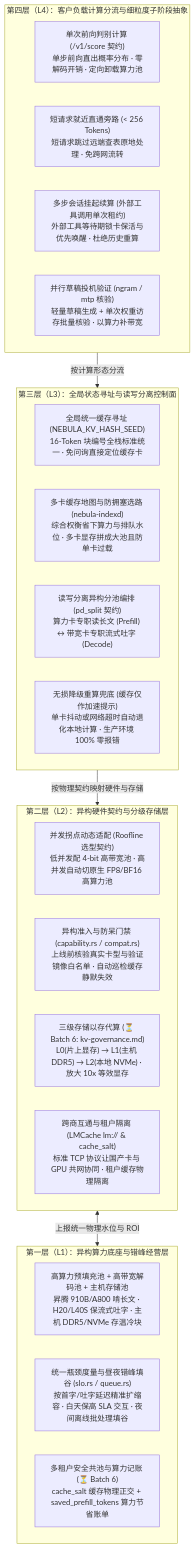
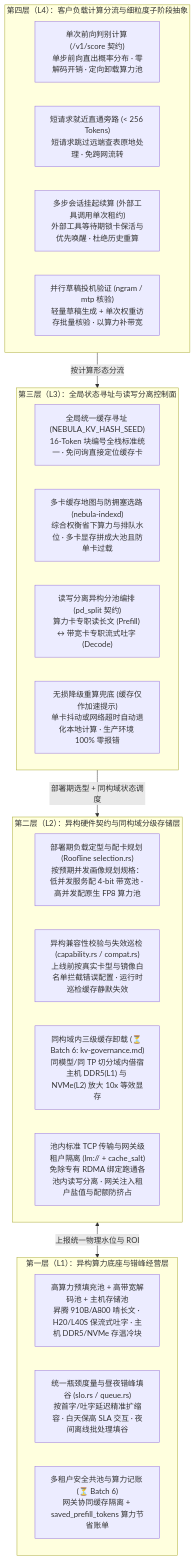
One commit to EeroEternal/nebula changed the diagram in docs/dev/heterogeneous-compute.md. Above: the diagram before and after it, drawn with Mermaid. The commit also changed other lines of this file and 1 other file, not shown here.

````diff
--- a/docs/dev/heterogeneous-compute.md
+++ b/docs/dev/heterogeneous-compute.md
@@ -39,33 +39,33 @@
 ```mermaid
 flowchart TB
     subgraph L4_Workload["第四层（L4）：客户负载计算分流与细粒度子阶段抽象"]
         W1["单次前向判别计算 (/v1/score 契约)<br/>单步前向直出概率分布 · 零解码开销 · 定向卸载算力池"]
         W2["短请求就近直通旁路 (&lt; 256 Tokens)<br/>短请求跳过远端查表原地处理 · 免跨网流转"]
         W3["多步会话挂起续算 (外部工具调用单次租约)<br/>外部工具等待期锁卡保活与优先唤醒 · 杜绝历史重算"]
         W4["并行草稿投机验证 (ngram / mtp 核验)<br/>轻量草稿生成 + 单次权重访存批量核验 · 以算力补带宽"]
     end
 
     subgraph L3_StageState["第三层（L3）：全局状态寻址与读写分离控制面"]
         S1["全局统一缓存寻址 (NEBULA_KV_HASH_SEED)<br/>16-Token 块编号全栈标准统一 · 免问询直接定位缓存卡"]
         S2["多卡缓存地图与防拥塞选路 (nebula-indexd)<br/>综合权衡省下算力与排队水位 · 多卡显存拼成大池且防单卡过载"]
         S3["读写分离异构分池编排 (pd_split 契约)<br/>算力卡专职读长文 (Prefill) ↔ 带宽卡专职流式吐字 (Decode)"]
         S4["无损降级重算兜底 (缓存仅作加速提示)<br/>单卡抖动或网络超时自动退化本地计算 · 生产环境 100% 零报错"]
     end
 
-    subgraph L2_HardwareContract["第二层（L2）：异构硬件契约与分级存储层"]
-        H1["并发拐点动态适配 (Roofline 选型契约)<br/>低并发配 4-bit 高带宽池 · 高并发自动切原生 FP8/BF16 高算力池"]
-        H2["异构准入与防呆门禁 (capability.rs / compat.rs)<br/>上线前核验真实卡型与验证镜像白名单 · 自动巡检缓存静默失效"]
-        H3["三级存储以存代算 (⏳ Batch 6: kv-governance.md)<br/>L0(片上显存) → L1(主机 DDR5) → L2(本地 NVMe) · 放大 10x 等效显存"]
-        H4["跨商互通与租户隔离 (LMCache lm:// & cache_salt)<br/>标准 TCP 协议让国产卡与 GPU 共网协同 · 租户缓存物理隔离"]
+    subgraph L2_HardwareContract["第二层（L2）：异构硬件契约与同构域分级存储层"]
+        H1["部署期负载定型与配卡规划 (Roofline selection.rs)<br/>按预期并发画像规划规格：低并发服务配 4-bit 带宽池 · 高并发配原生 FP8 算力池"]
+        H2["异构兼容性校验与失效巡检 (capability.rs / compat.rs)<br/>上线前按真实卡型与镜像白名单拦截错误配置 · 运行时巡检缓存静默失效"]
+        H3["同构域内三级缓存卸载 (⏳ Batch 6: kv-governance.md)<br/>同模型/同 TP 切分域内借宿主机 DDR5(L1) 与 NVMe(L2) 放大 10x 等效显存"]
+        H4["池内标准 TCP 传输与网关级租户隔离 (lm:// + cache_salt)<br/>免除专有 RDMA 绑定跑通各池内读写分离 · 网关注入租户盐值与配额防挤占"]
     end
 
     subgraph L1_FeedbackOps["第一层（L1）：异构算力底座与错峰经营层"]
         O1["高算力预填充池 + 高带宽解码池 + 主机存储池<br/>昇腾 910B/A800 啃长文 · H20/L40S 保流式吐字 · 主机 DDR5/NVMe 存温冷块"]
         O2["统一瓶颈度量与昼夜错峰填谷 (slo.rs / queue.rs)<br/>按首字/吐字延迟精准扩缩容 · 白天保高 SLA 交互 · 夜间离线批处理填谷"]
-        O3["多租户安全共池与算力记账 (⏳ Batch 6)<br/>cache_salt 缓存物理正交 + saved_prefill_tokens 算力节省账单"]
+        O3["多租户安全共池与算力记账 (⏳ Batch 6)<br/>网关协同缓存隔离 + saved_prefill_tokens 算力节省账单"]
     end
 
     L4_Workload -->|"按计算形态分流"| L3_StageState
-    L3_StageState -->|"按物理契约映射硬件与存储"| L2_HardwareContract
+    L3_StageState -->|"部署期选型 + 同构域状态调度"| L2_HardwareContract
     L2_HardwareContract <-->|"上报统一物理水位与 ROI"| L1_FeedbackOps
 ```
````
